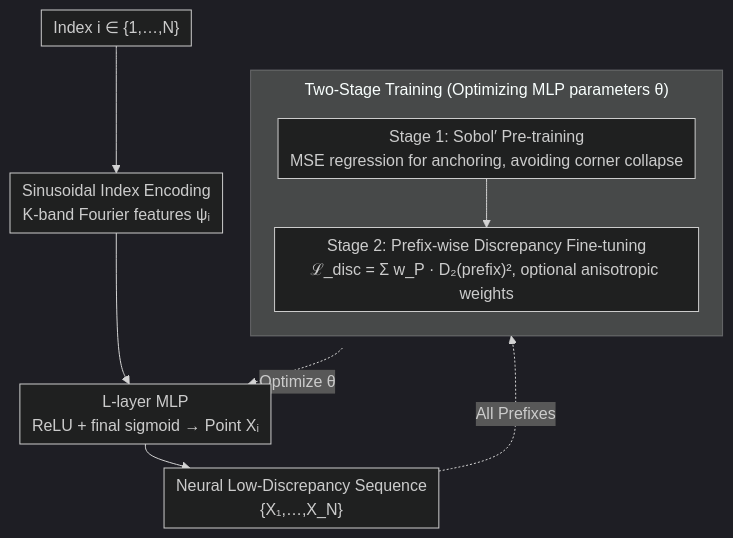
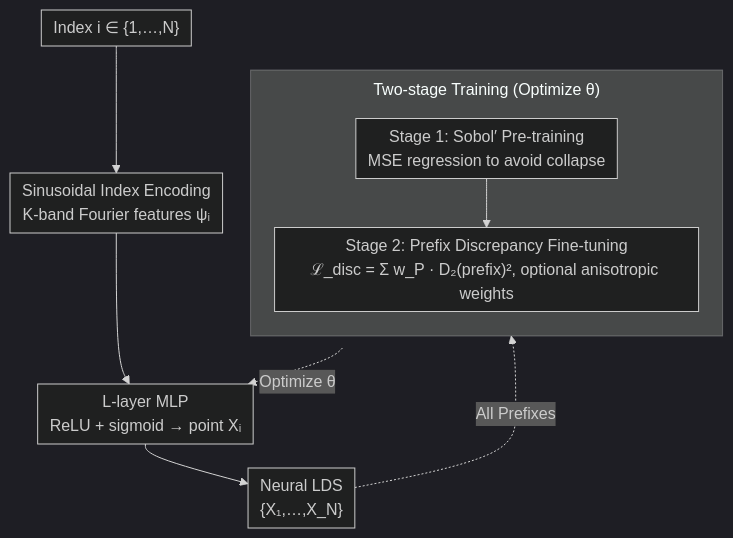
One commit to zhaoyang97/Paper-Notes-en changed the diagram in docs/ICML2026/robotics/neural_low-discrepancy_sequences.md. Above: the diagram before and after it, drawn with Mermaid (dark theme). The commit also changed other lines of this file and 5084 other files, not shown here.

````diff
--- a/docs/ICML2026/robotics/neural_low-discrepancy_sequences.md
+++ b/docs/ICML2026/robotics/neural_low-discrepancy_sequences.md
@@ -50,13 +50,13 @@
 ```mermaid
 %%{init: {'flowchart': {'rankSpacing': 24, 'nodeSpacing': 28, 'padding': 6, 'wrappingWidth': 400, 'subGraphTitleMargin': {'top': 8, 'bottom': 16}}}}%%
 flowchart TD
     A["Index i ∈ {1,…,N}"] --> B["Sinusoidal Index Encoding<br/>K-band Fourier features ψᵢ"]
-    B --> C["L-layer MLP<br/>ReLU + final sigmoid → Point Xᵢ"]
-    C --> D["Neural Low-Discrepancy Sequence<br/>{X₁,…,X_N}"]
-    subgraph TRAIN["Two-Stage Training (Optimizing MLP parameters θ)"]
+    B --> C["L-layer MLP<br/>ReLU + sigmoid → point Xᵢ"]
+    C --> D["Neural LDS<br/>{X₁,…,X_N}"]
+    subgraph TRAIN["Two-stage Training (Optimize θ)"]
         direction TB
-        E["Stage 1: Sobol′ Pre-training<br/>MSE regression for anchoring, avoiding corner collapse"] --> F["Stage 2: Prefix-wise Discrepancy Fine-tuning<br/>ℒ_disc = Σ w_P · D₂(prefix)², optional anisotropic weights"]
+        E["Stage 1: Sobol′ Pre-training<br/>MSE regression to avoid collapse"] --> F["Stage 2: Prefix Discrepancy Fine-tuning<br/>ℒ_disc = Σ w_P · D₂(prefix)², optional anisotropic weights"]
     end
     D -.All Prefixes.-> F
     TRAIN -.Optimize θ.-> C
 ```
````
